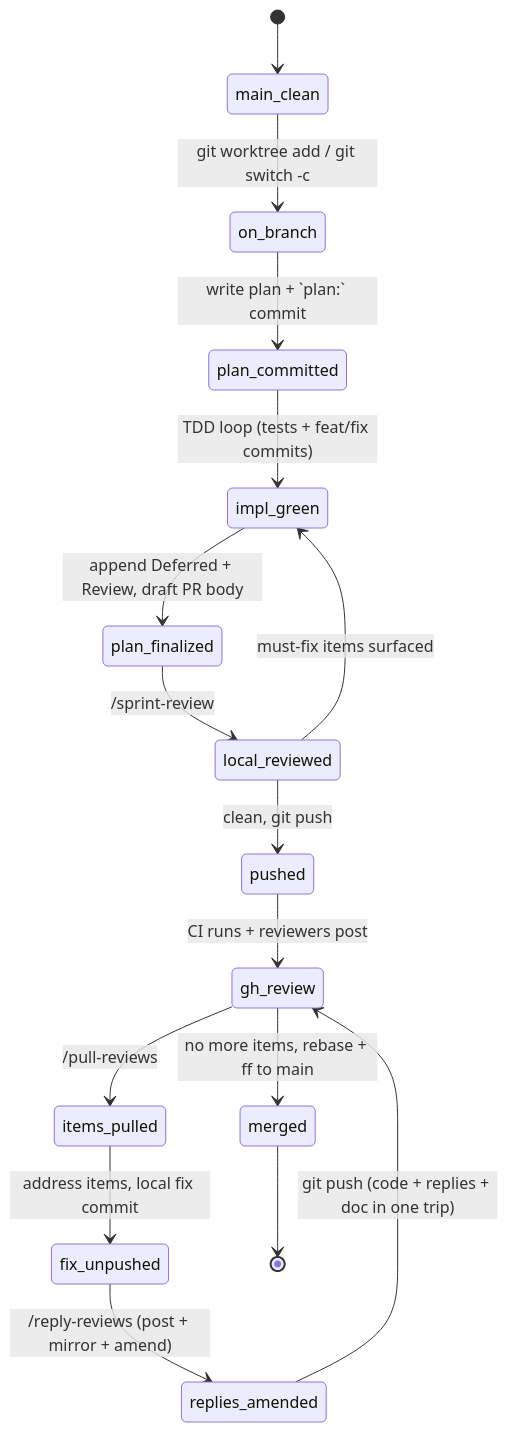
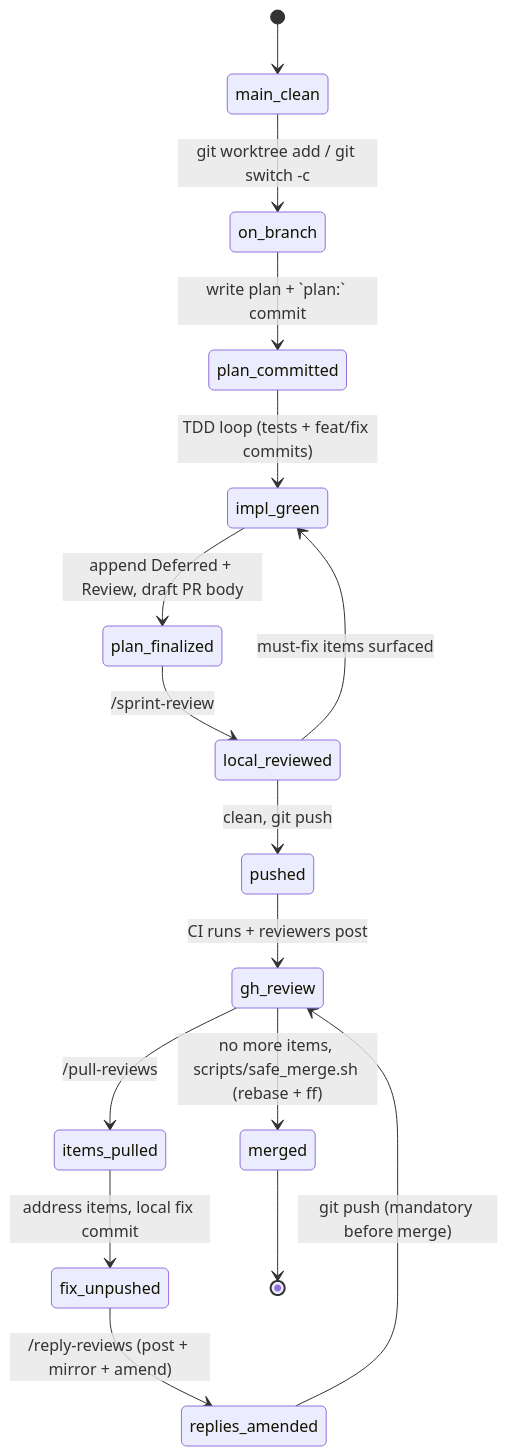
One commit to cmk/agogo changed the first of 2 diagrams in doc/workflow.md. Above: the diagram before and after it, drawn with Mermaid.

Commit message:
doc: Annotate FSM diagram edges with push/safe_merge enforcement
Topology unchanged (no `replies_amended → merged` edge exists, which
is correct), but the diagram now names the tools at the two
push/merge transitions:

- `replies_amended → gh_review`: "git push (mandatory before merge)"
- `gh_review → merged`: "scripts/safe_merge.sh (rebase + ff)"

So a reader scanning the diagram sees where the new guard plugs in
without having to read the legend.

````diff
--- a/doc/workflow.md
+++ b/doc/workflow.md
@@ -18,18 +18,18 @@
 ```mermaid
 stateDiagram-v2
     [*] --> main_clean
     main_clean --> on_branch: git worktree add / git switch -c
     on_branch --> plan_committed: write plan + `plan:` commit
     plan_committed --> impl_green: TDD loop (tests + feat/fix commits)
     impl_green --> plan_finalized: append Deferred + Review, draft PR body
     plan_finalized --> local_reviewed: /sprint-review
     local_reviewed --> impl_green: must-fix items surfaced
     local_reviewed --> pushed: clean, git push
     pushed --> gh_review: CI runs + reviewers post
     gh_review --> items_pulled: /pull-reviews
     items_pulled --> fix_unpushed: address items, local fix commit
     fix_unpushed --> replies_amended: /reply-reviews (post + mirror + amend)
-    replies_amended --> gh_review: git push (code + replies + doc in one trip)
-    gh_review --> merged: no more items, rebase + ff to main
+    replies_amended --> gh_review: git push (mandatory before merge)
+    gh_review --> merged: no more items, scripts/safe_merge.sh (rebase + ff)
     merged --> [*]
 ```
````
